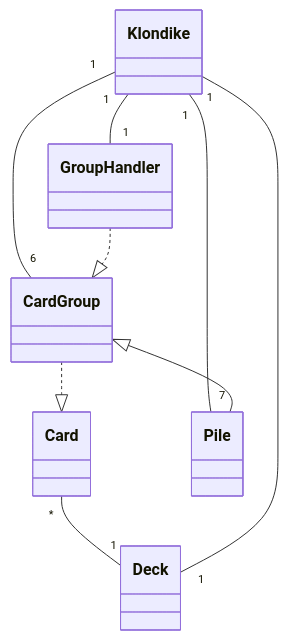
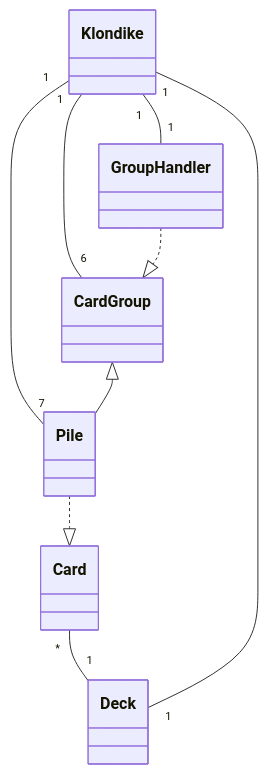
The third of 5 diagrams in pasianssi-app/dokumentaatio/arkkitehtuuri.md (pankalai/ot-harjoitustyo), drawn with Mermaid before and after one commit. The commit also changed other lines of this file and 6 other files, not shown here.

````diff
--- a/pasianssi-app/dokumentaatio/arkkitehtuuri.md
+++ b/pasianssi-app/dokumentaatio/arkkitehtuuri.md
@@ -86,11 +86,11 @@
 ```mermaid
  classDiagram
     Card "*" -- "1" Deck
     Klondike "1" -- "1" Deck
 	Klondike "1" -- "1" GroupHandler
 	Klondike "1" -- "6" CardGroup
     Klondike "1" -- "7" Pile
     CardGroup <|-- Pile
     GroupHandler ..|> CardGroup
-    CardGroup ..|> Card
+    Pile ..|> Card
 ```
````
